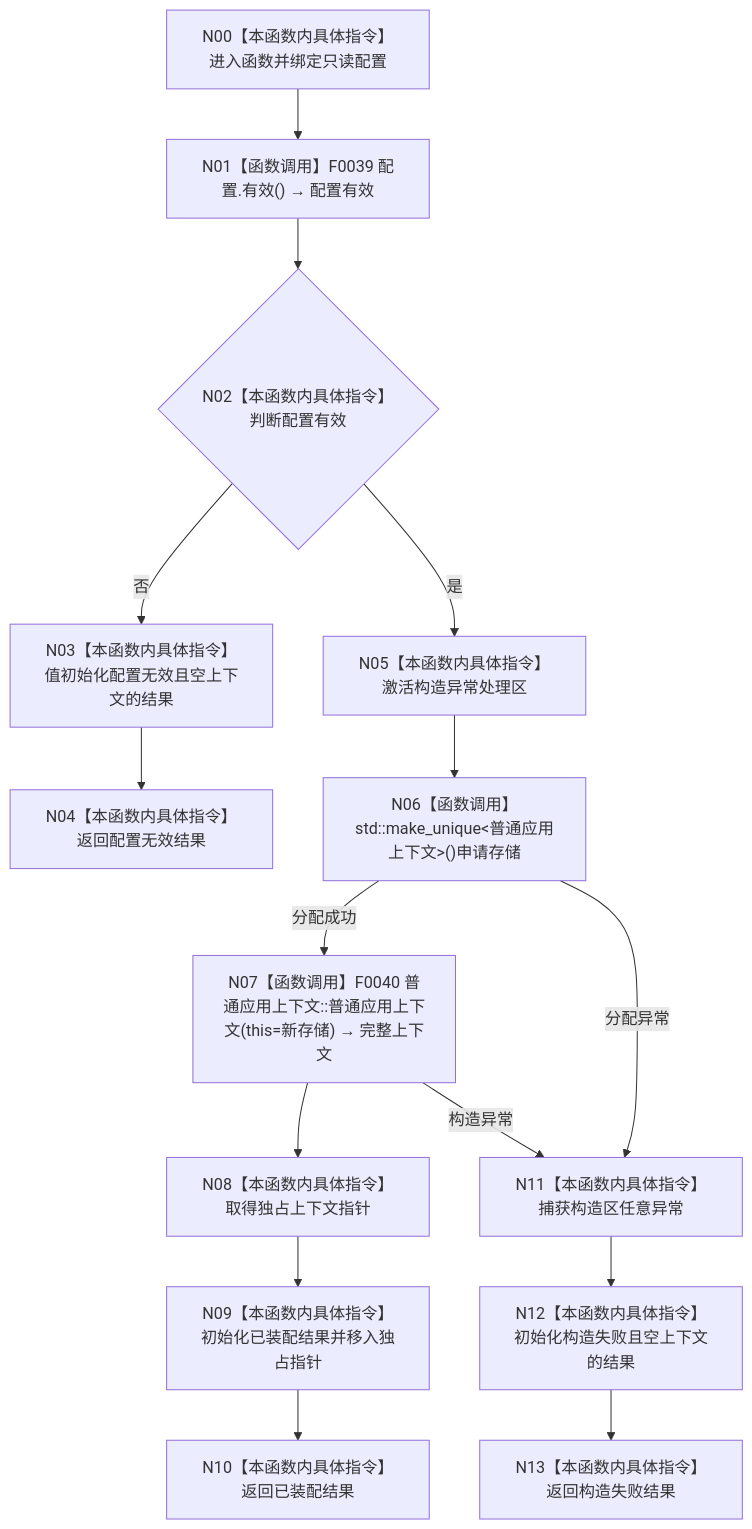
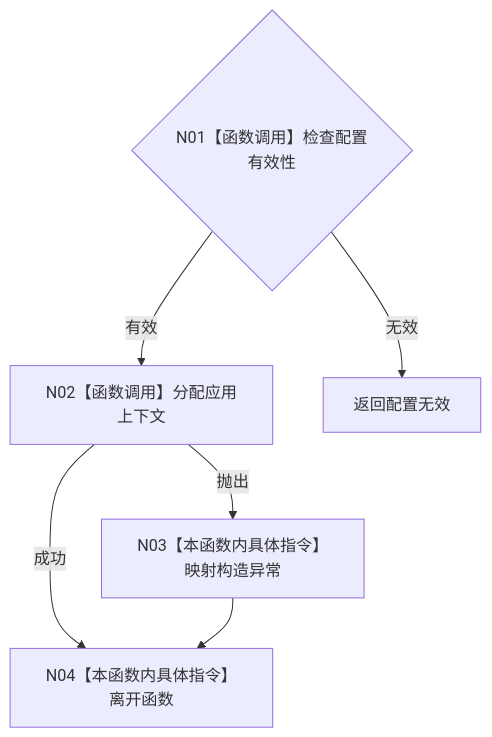
One commit to chunhaizh-cyber/HY-Ego changed the diagram in 流程图/代码流程图/L3/CF-L3-0001_构造普通应用上下文_现状流程图.md. Above: the diagram before and after it, drawn with Mermaid. The commit also changed other lines of this file and 144 other files, not shown here.

First line of the commit message:
知识: 清理过期规范与旧设计、刷新流程图与计划、新增I64等价消费设计与L2需求合同

````diff
--- a/流程图/代码流程图/L3/CF-L3-0001_构造普通应用上下文_现状流程图.md
+++ b/流程图/代码流程图/L3/CF-L3-0001_构造普通应用上下文_现状流程图.md
@@ -20,23 +20,11 @@
 ```mermaid
 flowchart TD
-    N00["N00【本函数内具体指令】进入函数并绑定只读配置"]
-    N01["N01【函数调用】F0039 配置.有效() → 配置有效"]
-    N02{"N02【本函数内具体指令】判断配置有效"}
-    N03["N03【本函数内具体指令】值初始化配置无效且空上下文的结果"]
-    N04["N04【本函数内具体指令】返回配置无效结果"]
-    N05["N05【本函数内具体指令】激活构造异常处理区"]
-    N06["N06【函数调用】std::make_unique<普通应用上下文>()申请存储"]
-    N07["N07【函数调用】F0040 普通应用上下文::普通应用上下文(this=新存储) → 完整上下文"]
-    N08["N08【本函数内具体指令】取得独占上下文指针"]
-    N09["N09【本函数内具体指令】初始化已装配结果并移入独占指针"]
-    N10["N10【本函数内具体指令】返回已装配结果"]
-    N11["N11【本函数内具体指令】捕获构造区任意异常"]
-    N12["N12【本函数内具体指令】初始化构造失败且空上下文的结果"]
-    N13["N13【本函数内具体指令】返回构造失败结果"]
-    N00 --> N01 --> N02
-    N02 -- "否" --> N03 --> N04
-    N02 -- "是" --> N05 --> N06
-    N06 -- "分配成功" --> N07 --> N08 --> N09 --> N10
-    N06 -- "分配异常" --> N11
-    N07 -- "构造异常" --> N11 --> N12 --> N13
+    N01{"N01【函数调用】检查配置有效性"}
+    N02["N02【函数调用】分配应用上下文"]
+    N03["N03【本函数内具体指令】映射构造异常"]
+    N04["N04【本函数内具体指令】离开函数"]
+    N01 -- "无效" --> N05["返回配置无效"]
+    N01 -- "有效" --> N02
+    N02 -- "成功" --> N04
+    N02 -- "抛出" --> N03 --> N04
 ```
````
